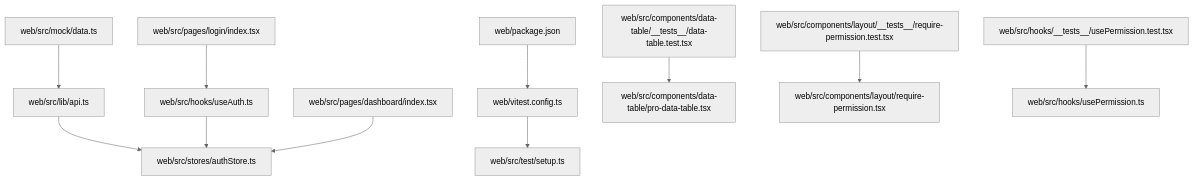
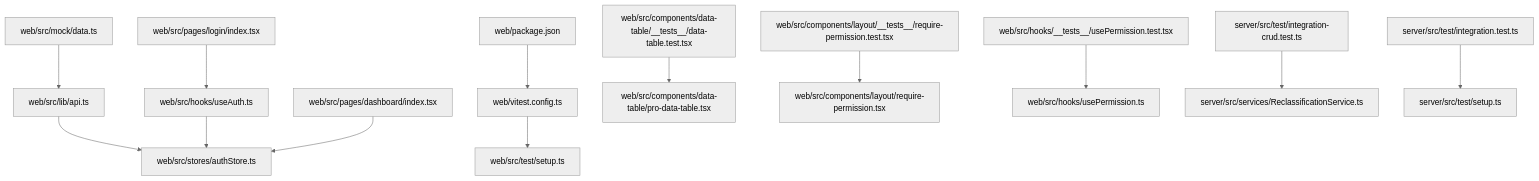
Before and after one commit to Damao997/newproject: the first of 12 diagrams in .qoder/repowiki/zh/content/测试策略/集成测试.md, drawn with Mermaid (neutral theme). The commit also changed other lines of this file and 23 other files, not shown here.

````diff
--- a/.qoder/repowiki/zh/content/测试策略/集成测试.md
+++ b/.qoder/repowiki/zh/content/测试策略/集成测试.md
@@ -51,13 +65,15 @@
 ```mermaid
 graph TB
 A["web/vitest.config.ts"] --> B["web/src/test/setup.ts"]
 C["web/src/lib/api.ts"] --> D["web/src/stores/authStore.ts"]
 E["web/src/hooks/useAuth.ts"] --> D
 F["web/src/pages/login/index.tsx"] --> E
 G["web/src/pages/dashboard/index.tsx"] --> D
 H["web/src/components/data-table/__tests__/data-table.test.tsx"] --> I["web/src/components/data-table/pro-data-table.tsx"]
 J["web/src/components/layout/__tests__/require-permission.test.tsx"] --> K["web/src/components/layout/require-permission.tsx"]
 L["web/src/hooks/__tests__/usePermission.test.tsx"] --> M["web/src/hooks/usePermission.ts"]
 N["web/src/mock/data.ts"] --> C
 O["web/package.json"] --> A
+P["server/src/test/integration-crud.test.ts"] --> Q["server/src/services/ReclassificationService.ts"]
+R["server/src/test/integration.test.ts"] --> S["server/src/test/setup.ts"]
 ```
````
